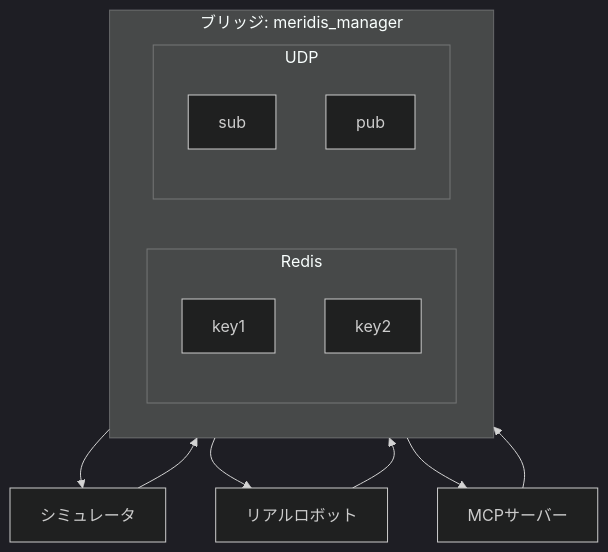
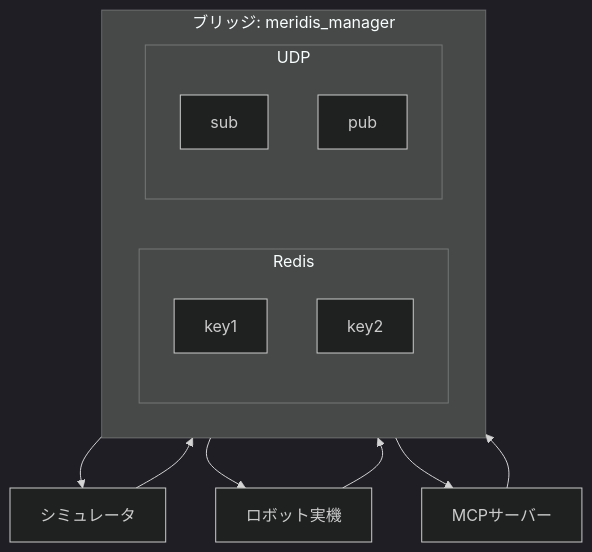
The first of 4 diagrams in README_advance.md (holypong/meridis), drawn with Mermaid (dark theme) before and after one commit. The commit also changed other lines of this file and 1 other file, not shown here.

````diff
--- a/README_advance.md
+++ b/README_advance.md
@@ -43,19 +44,19 @@
 ```mermaid
 graph TD;
     subgraph MM [ブリッジ: meridis_manager]
         subgraph Redis [Redis]
             PK1[key1]
             PK2[key2]
         end
         subgraph UDP [UDP]
             REC[sub]
             TRA[pub]
         end
     end
     MCP[MCPサーバー] --> MM;
     SIM[シミュレータ] --> MM;
-    ROB[リアルロボット] --> MM;
+    ROB[ロボット実機] --> MM;
     MM --> SIM;
     MM --> ROB;
     MM --> MCP;
 ```
````
